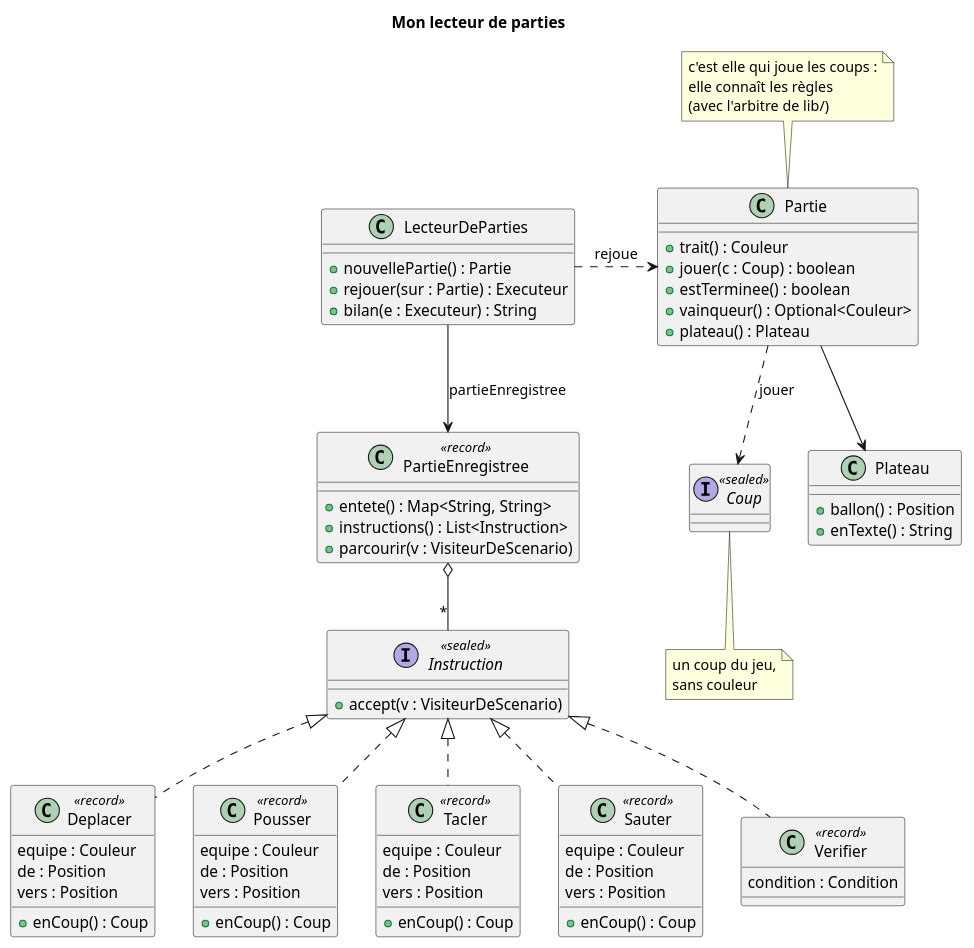
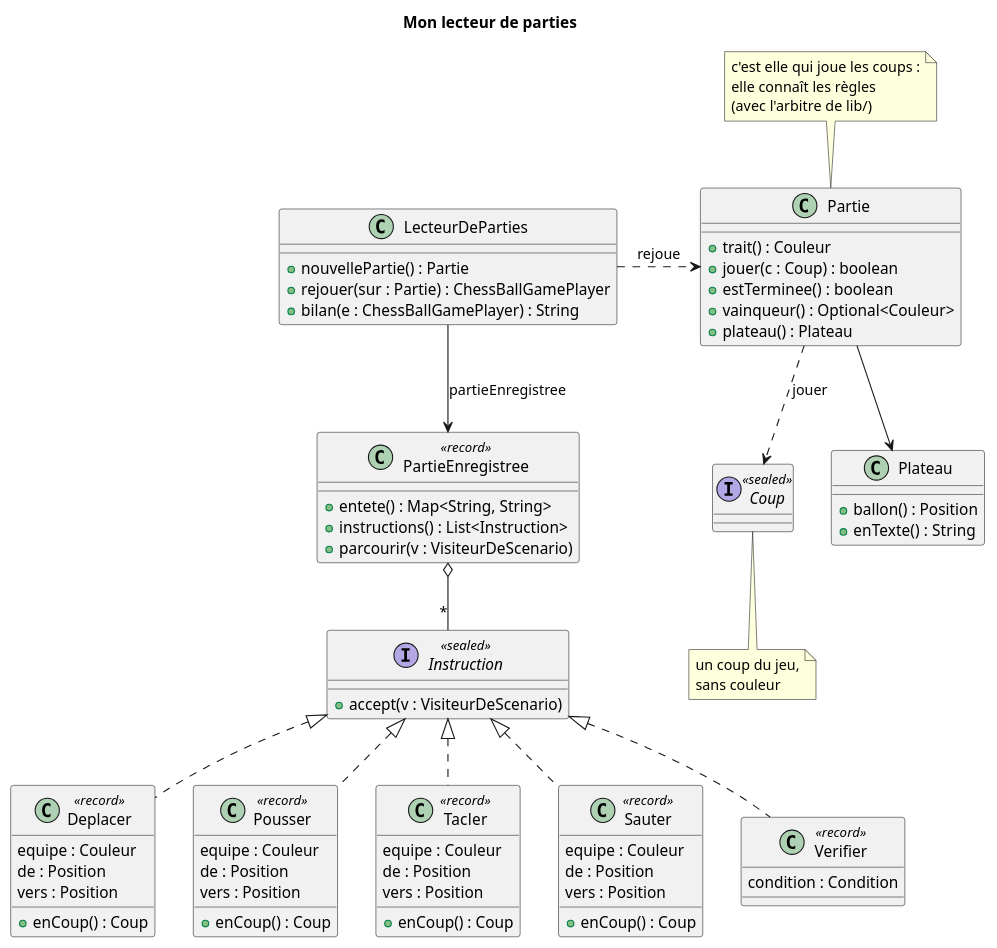
One commit to acherm/cpoo2-s04-lecteur changed the diagram in rendus/s04-lecteur.puml. Above: the diagram before and after it, drawn with PlantUML. The commit also changed 8 other files, not shown here.

First line of the commit message:
Executeur devient ChessBallGamePlayer

```diff
--- a/rendus/s04-lecteur.puml
+++ b/rendus/s04-lecteur.puml
@@ -4,69 +4,69 @@
 @startuml
 title Mon lecteur de parties
 
 class LecteurDeParties {
   +nouvellePartie() : Partie
-  +rejouer(sur : Partie) : Executeur
-  +bilan(e : Executeur) : String
+  +rejouer(sur : Partie) : ChessBallGamePlayer
+  +bilan(e : ChessBallGamePlayer) : String
 }
 class PartieEnregistree <<record>> {
   +entete() : Map<String, String>
   +instructions() : List<Instruction>
   +parcourir(v : VisiteurDeScenario)
 }
 interface Instruction <<sealed>> {
   +accept(v : VisiteurDeScenario)
 }
 class Deplacer <<record>> {
   equipe : Couleur
   de : Position
   vers : Position
   +enCoup() : Coup
 }
 class Pousser <<record>> {
   equipe : Couleur
   de : Position
   vers : Position
   +enCoup() : Coup
 }
 class Tacler <<record>> {
   equipe : Couleur
   de : Position
   vers : Position
   +enCoup() : Coup
 }
 class Sauter <<record>> {
   equipe : Couleur
   de : Position
   vers : Position
   +enCoup() : Coup
 }
 class Verifier <<record>> {
   condition : Condition
 }
 interface Coup <<sealed>>
 note bottom of Coup : un coup du jeu,\nsans couleur
 class Partie {
   +trait() : Couleur
   +jouer(c : Coup) : boolean
   +estTerminee() : boolean
   +vainqueur() : Optional<Couleur>
   +plateau() : Plateau
 }
 note top of Partie : c'est elle qui joue les coups :\nelle connaît les règles\n(avec l'arbitre de lib/)
 class Plateau {
   +ballon() : Position
   +enTexte() : String
 }
 
 LecteurDeParties --> PartieEnregistree : partieEnregistree
 LecteurDeParties .r.> Partie : rejoue
 PartieEnregistree o-- "*" Instruction
 Instruction <|.. Deplacer
 Instruction <|.. Pousser
 Instruction <|.. Tacler
 Instruction <|.. Sauter
 Instruction <|.. Verifier
 Partie --> Plateau
 Partie ..> Coup : jouer
 @enduml
```
